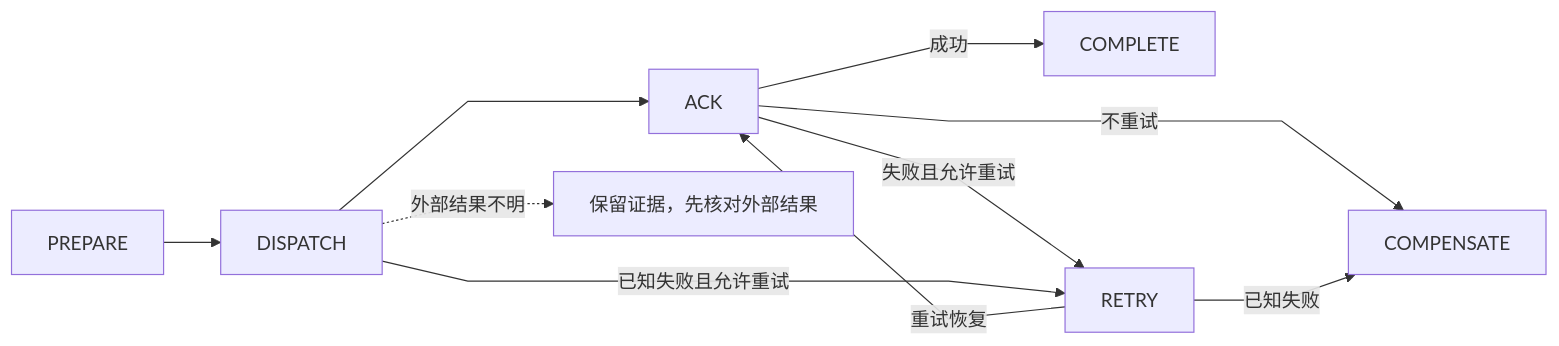
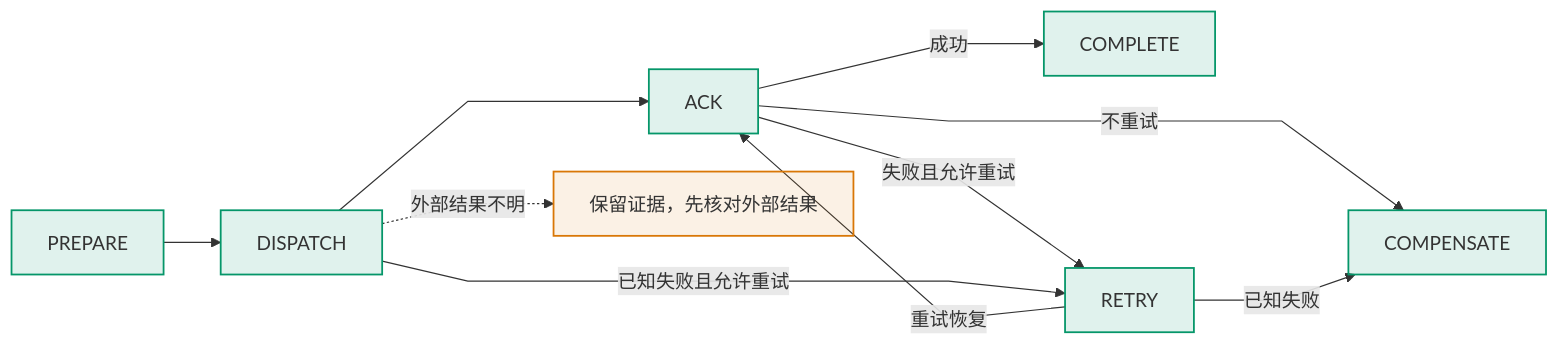
One commit to pinpols/file-batch-system changed the fourth of 8 diagrams in docs/design/file-pipeline-design.md. Above: the diagram before and after it, drawn with Mermaid. The commit also changed other lines of this file and 34 other files, not shown here.

First line of the commit message:
docs(diagram): 完成 P3 Mermaid 图样式收口并补充制图规范 (#1390)

````diff
--- a/docs/design/file-pipeline-design.md
+++ b/docs/design/file-pipeline-design.md
@@ -766,13 +771,16 @@
 ```mermaid
 %%{init: {"flowchart":{"curve":"linear","nodeSpacing":32,"rankSpacing":48},"sequence":{"mirrorActors":false}}}%%
 flowchart LR
-  P[PREPARE] --> D[DISPATCH]
-  D --> A[ACK]
-  A -->|成功| C[COMPLETE]
-  A -->|失败且允许重试| R[RETRY]
+  P[PREPARE]:::worker --> D[DISPATCH]:::worker
+  D --> A[ACK]:::worker
+  A -->|成功| C[COMPLETE]:::worker
+  A -->|失败且允许重试| R[RETRY]:::worker
   D -->|已知失败且允许重试| R
   R -->|重试恢复| A
-  A -->|不重试| X[COMPENSATE]
+  A -->|不重试| X[COMPENSATE]:::worker
   R -->|已知失败| X
-  D -. 外部结果不明 .-> U[保留证据，先核对外部结果]
+  D -. 外部结果不明 .-> U[保留证据，先核对外部结果]:::wait
+
+  classDef worker fill:#0596691f,stroke:#059669,stroke-width:1.5px
+  classDef wait fill:#d977061a,stroke:#d97706,stroke-width:1.5px
 ```
````
